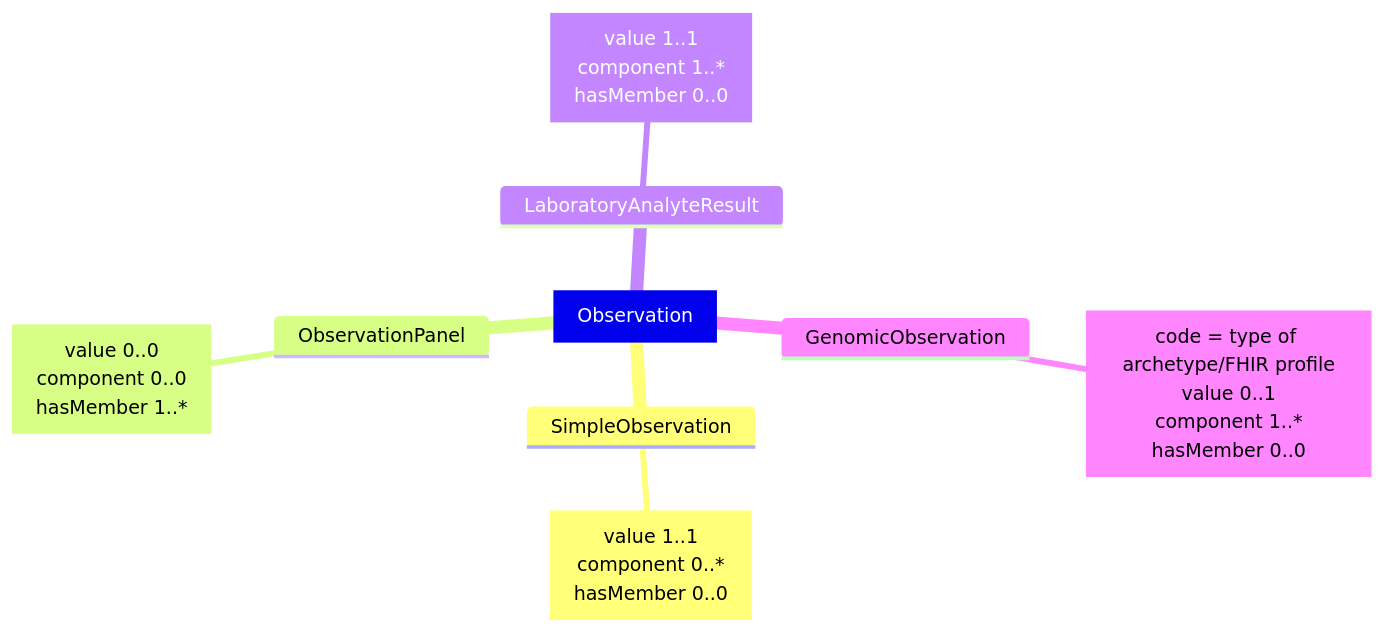
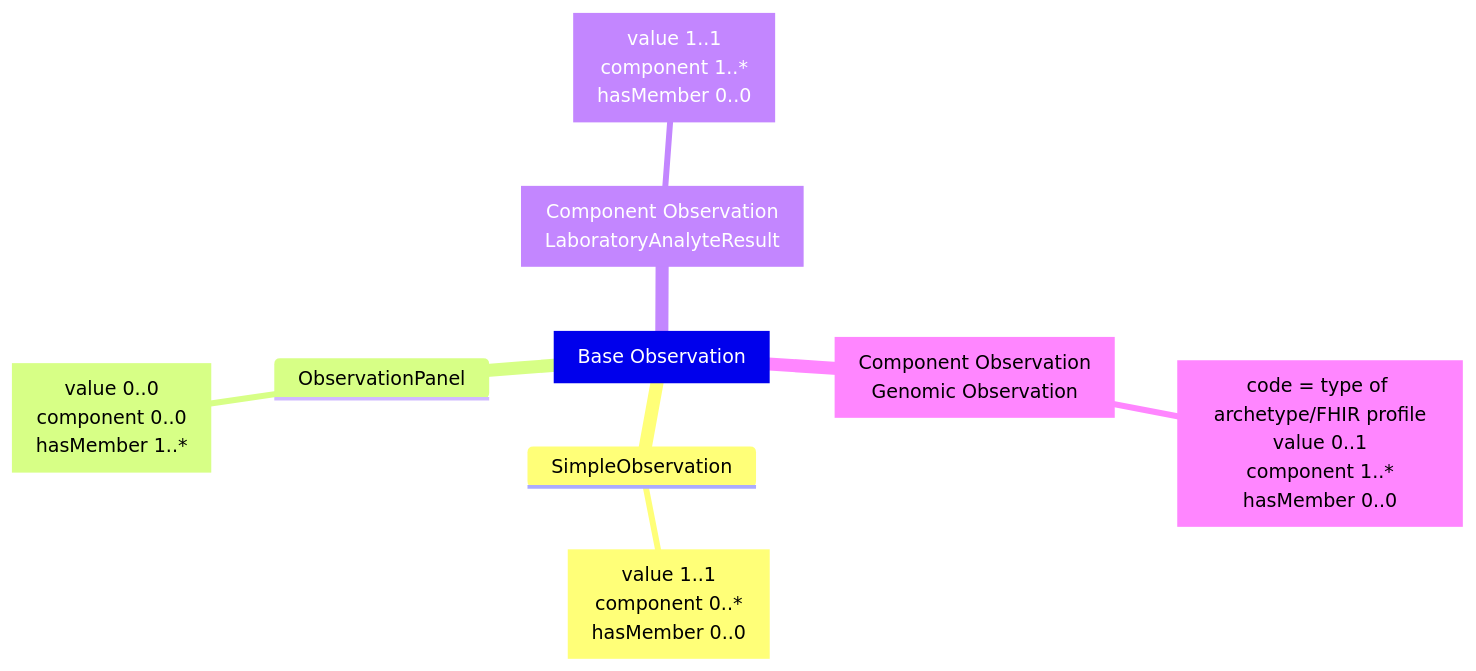
One commit to nw-gmsa/nw-gmsa.github.com changed the second of 2 diagrams in input/pagecontent/StructureDefinition-Observation-intro.md. Above: the diagram before and after it, drawn with Mermaid. The commit also changed other lines of this file, not shown here.

Commit message:
OBSERVATION types

````diff
--- a/input/pagecontent/StructureDefinition-Observation-intro.md
+++ b/input/pagecontent/StructureDefinition-Observation-intro.md
@@ -9,12 +36,12 @@
 ```mermaid
 mindmap
-  root[Observation]
+  root[Base Observation]
     SimpleObservation
       s[value 1..1<br/>component 0..*<br/>hasMember 0..0]
     ObservationPanel
       s[value 0..0<br/>component 0..0<br/>hasMember 1..*]
-    LaboratoryAnalyteResult
+    LaboratoryAnalyteResult[Component Observation<br/>LaboratoryAnalyteResult]
       s[value 1..1<br/>component 1..*<br/>hasMember 0..0]
-    GenomicObservation
+    GenomicObservation[Component Observation<br/>Genomic Observation]
       s[code = type of archetype/FHIR profile<br/>value 0..1<br/>component 1..*<br/>hasMember 0..0]
 ```
````
